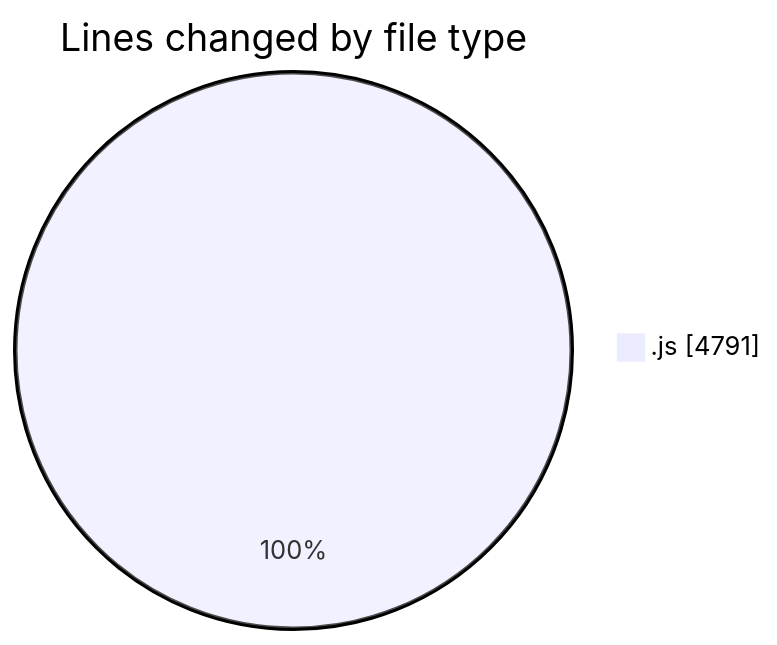
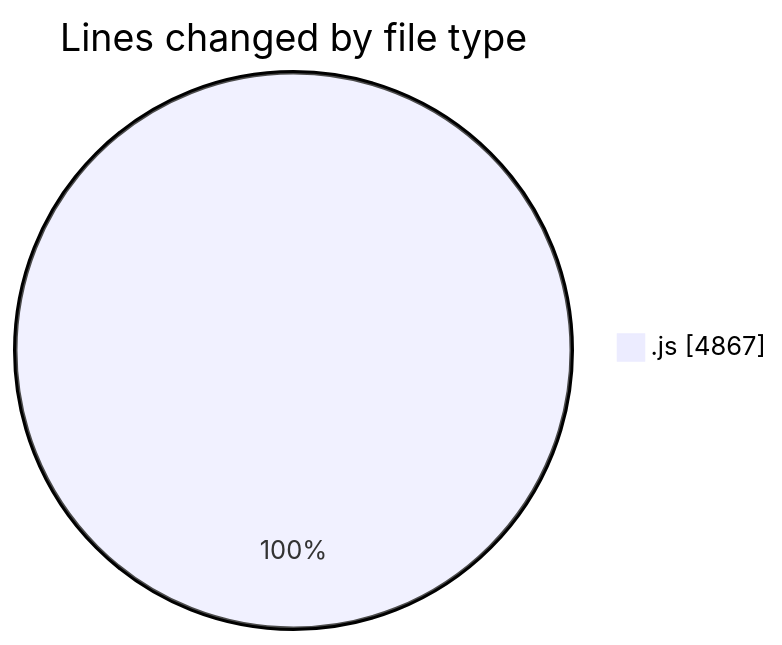
The first of 2 diagrams in 2025-10-15/nxtqube_webapp/README.md (nxtqubesakshisongat/code-tracking), drawn with Mermaid before and after one commit. The commit also changed other lines of this file and 1 other file, not shown here.

````diff
--- a/2025-10-15/nxtqube_webapp/README.md
+++ b/2025-10-15/nxtqube_webapp/README.md
@@ -21,5 +21,5 @@
 ```mermaid
 pie showData
 title Lines changed by file type
-".js" : 4791
+".js" : 4867
 ```
````
